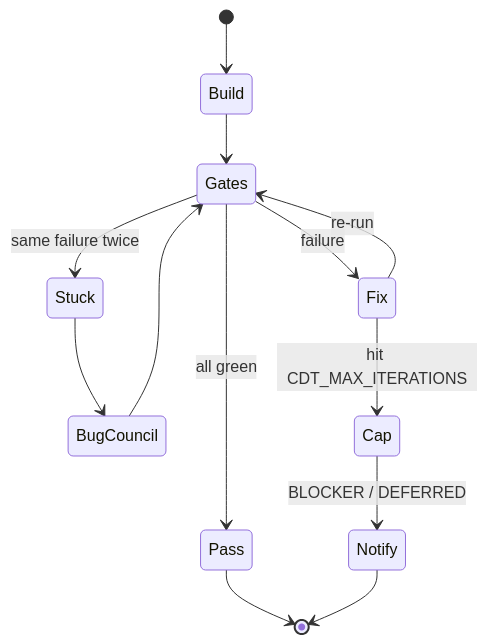
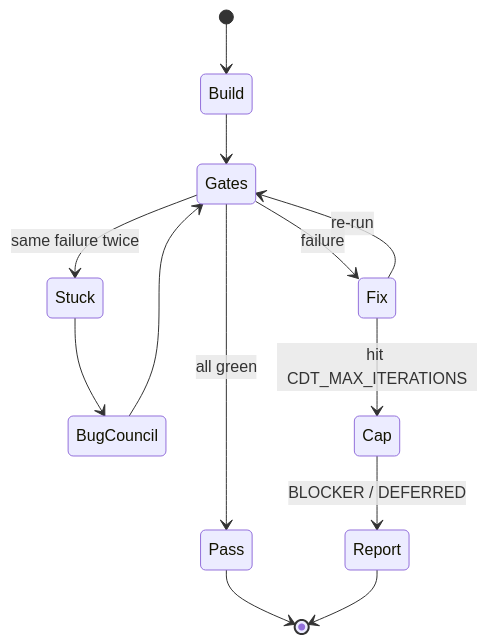
The sixth of 7 diagrams in README.md (jaysonventura/claude-dev-team), drawn with Mermaid before and after one commit. The commit also changed other lines of this file and 27 other files, not shown here.

````diff
--- a/README.md
+++ b/README.md
@@ -566,15 +495,15 @@
 ```mermaid
 stateDiagram-v2
     [*] --> Build
     Build --> Gates
     Gates --> Pass: all green
     Gates --> Fix: failure
     Fix --> Gates: re-run
     Gates --> Stuck: same failure twice
     Stuck --> BugCouncil
     BugCouncil --> Gates
     Fix --> Cap: hit CDT_MAX_ITERATIONS
-    Cap --> Notify: BLOCKER / DEFERRED
+    Cap --> Report: BLOCKER / DEFERRED
     Pass --> [*]
-    Notify --> [*]
+    Report --> [*]
 ```
````
